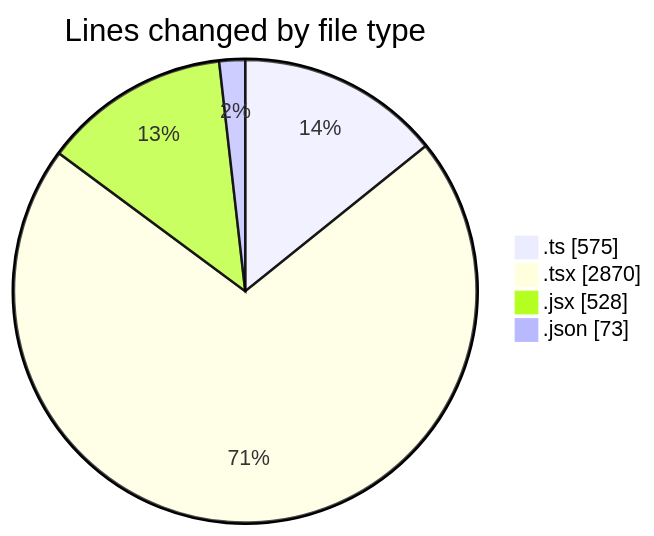
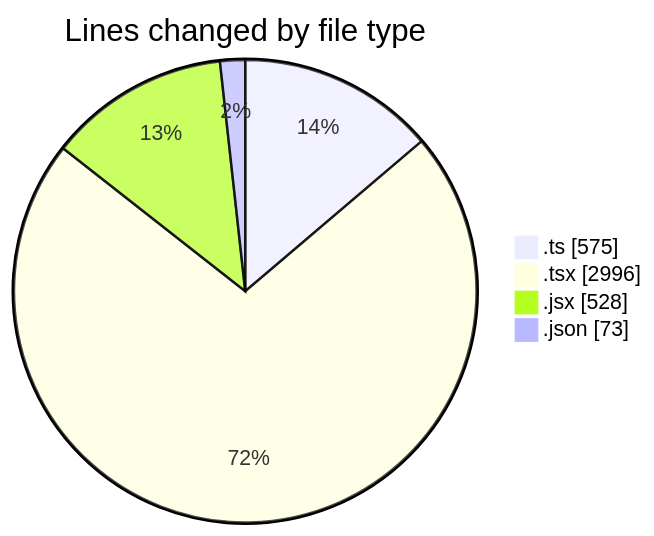
One commit to robertbonfada/code-tracking changed the first of 2 diagrams in 2025-01-25/termonied-web/README.md. Above: the diagram before and after it, drawn with Mermaid. The commit also changed other lines of this file and 1 other file, not shown here.

````diff
--- a/2025-01-25/termonied-web/README.md
+++ b/2025-01-25/termonied-web/README.md
@@ -41,8 +42,8 @@
 ```mermaid
 pie showData
 title Lines changed by file type
 ".ts" : 575
-".tsx" : 2870
+".tsx" : 2996
 ".jsx" : 528
 ".json" : 73
 ```
````
